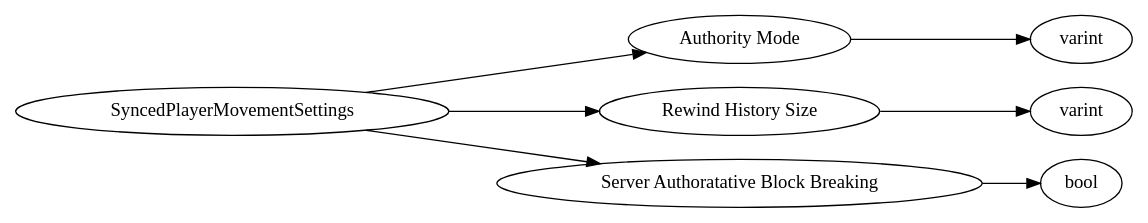
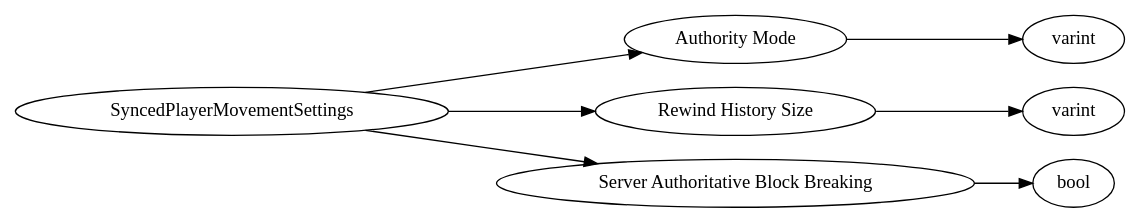
The diagram in dot/SyncedPlayerMovementSettings.dot (Mojang/bedrock-protocol-docs), drawn with Graphviz before and after one commit. The commit also changed 94 other files, not shown here.

```diff
--- a/dot/SyncedPlayerMovementSettings.dot
+++ b/dot/SyncedPlayerMovementSettings.dot
@@ -1,20 +1,20 @@
 digraph "SyncedPlayerMovementSettings" {
 rankdir = LR
 155
 155 -> 156
 156 -> 157
 155 -> 158
 158 -> 159
 155 -> 160
 160 -> 161
 
 155 [label="SyncedPlayerMovementSettings",comment="name: \"SyncedPlayerMovementSettings\", typeName: \"\", id: 155, branchId: 0, recurseId: -1, attributes: 0, notes: \"\""];
-156 [label="Authority Mode",comment="name: \"Authority Mode\", typeName: \"\", id: 156, branchId: 0, recurseId: -1, attributes: 0, notes: \"\""];
+156 [label="Authority Mode",comment="name: \"Authority Mode\", typeName: \"\", id: 156, branchId: 0, recurseId: -1, attributes: 0, notes: \"See explanation of modes in enum table\""];
 157 [label="varint",comment="name: \"varint\", typeName: \"\", id: 157, branchId: 0, recurseId: -1, attributes: 512, notes: \"\""];
-158 [label="Rewind History Size",comment="name: \"Rewind History Size\", typeName: \"\", id: 158, branchId: 0, recurseId: -1, attributes: 0, notes: \"\""];
+158 [label="Rewind History Size",comment="name: \"Rewind History Size\", typeName: \"\", id: 158, branchId: 0, recurseId: -1, attributes: 0, notes: \"When using server authoritative movement mode, this determines the number of ticks the client keeps in history for use in processing corrections. Should at least account for the largest expected round trip latency. In Bedrock this is 40 ticks.\""];
 159 [label="varint",comment="name: \"varint\", typeName: \"\", id: 159, branchId: 0, recurseId: -1, attributes: 512, notes: \"\""];
-160 [label="Server Authoratative Block Breaking",comment="name: \"Server Authoratative Block Breaking\", typeName: \"\", id: 160, branchId: 0, recurseId: -1, attributes: 0, notes: \"\""];
+160 [label="Server Authoritative Block Breaking",comment="name: \"Server Authoritative Block Breaking\", typeName: \"\", id: 160, branchId: 0, recurseId: -1, attributes: 0, notes: \"\""];
 161 [label="bool",comment="name: \"bool\", typeName: \"\", id: 161, branchId: 0, recurseId: -1, attributes: 512, notes: \"\""];
 { rank = max;157;159;161}
 
 }
```
